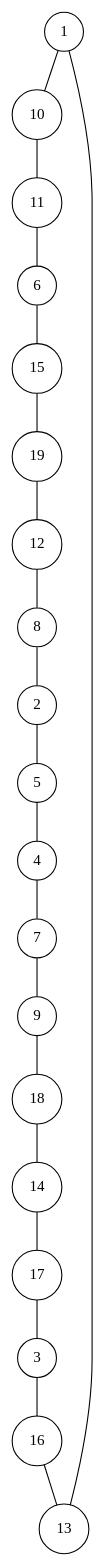
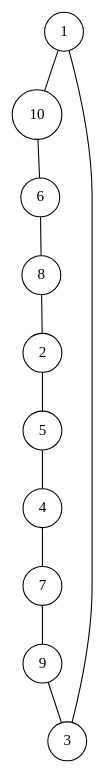
The diagram in data_generated/random1012484/random1012484.0.dot (lugot/tsp-approximation), drawn with Graphviz before and after one commit. The commit also changed 69 other files, not shown here.

```diff
--- a/data_generated/random1012484/random1012484.0.dot
+++ b/data_generated/random1012484/random1012484.0.dot
@@ -1,42 +1,24 @@
 graph random1012484 {
 	node [shape=circle fillcolor=white]
-	1 [ pos = "0.667158,3.291296!"]
-	2 [ pos = "17.711670,14.948317!"]
-	3 [ pos = "8.457189,7.426452!"]
-	4 [ pos = "20.000000,12.982976!"]
-	5 [ pos = "19.648191,15.435664!"]
-	6 [ pos = "3.204100,11.130648!"]
-	7 [ pos = "18.055529,12.025427!"]
-	8 [ pos = "13.760635,15.675307!"]
-	9 [ pos = "16.573455,9.454567!"]
-	10 [ pos = "2.087824,7.511968!"]
-	11 [ pos = "4.439135,8.397395!"]
-	12 [ pos = "13.074147,19.931845!"]
-	13 [ pos = "8.711208,2.990664!"]
-	14 [ pos = "14.859308,3.850754!"]
-	15 [ pos = "3.377204,11.441336!"]
-	16 [ pos = "8.033593,4.044362!"]
-	17 [ pos = "14.732632,4.742245!"]
-	18 [ pos = "18.992679,2.186805!"]
-	19 [ pos = "12.168697,17.989661!"]
+	1 [ pos = "0.166790,0.822824!"]
+	2 [ pos = "4.427917,3.737079!"]
+	3 [ pos = "2.114297,1.856613!"]
+	4 [ pos = "5.000000,3.245744!"]
+	5 [ pos = "4.912048,3.858916!"]
+	6 [ pos = "0.801025,2.782662!"]
+	7 [ pos = "4.513882,3.006357!"]
+	8 [ pos = "3.440159,3.918827!"]
+	9 [ pos = "4.143364,2.363642!"]
+	10 [ pos = "0.521956,1.877992!"]
 
 	1 -- 10
 	2 -- 5
-	3 -- 16
+	3 -- 1
 	4 -- 7
 	5 -- 4
-	6 -- 15
+	6 -- 8
 	7 -- 9
 	8 -- 2
-	9 -- 18
-	10 -- 11
-	11 -- 6
-	12 -- 8
-	13 -- 1
-	14 -- 17
-	15 -- 19
-	16 -- 13
-	17 -- 3
-	18 -- 14
-	19 -- 12
+	9 -- 3
+	10 -- 6
 }
```
